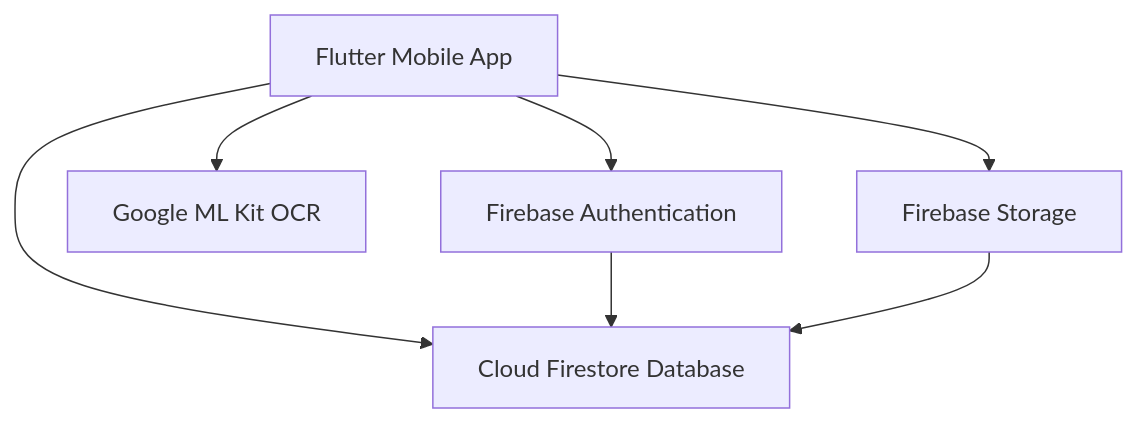
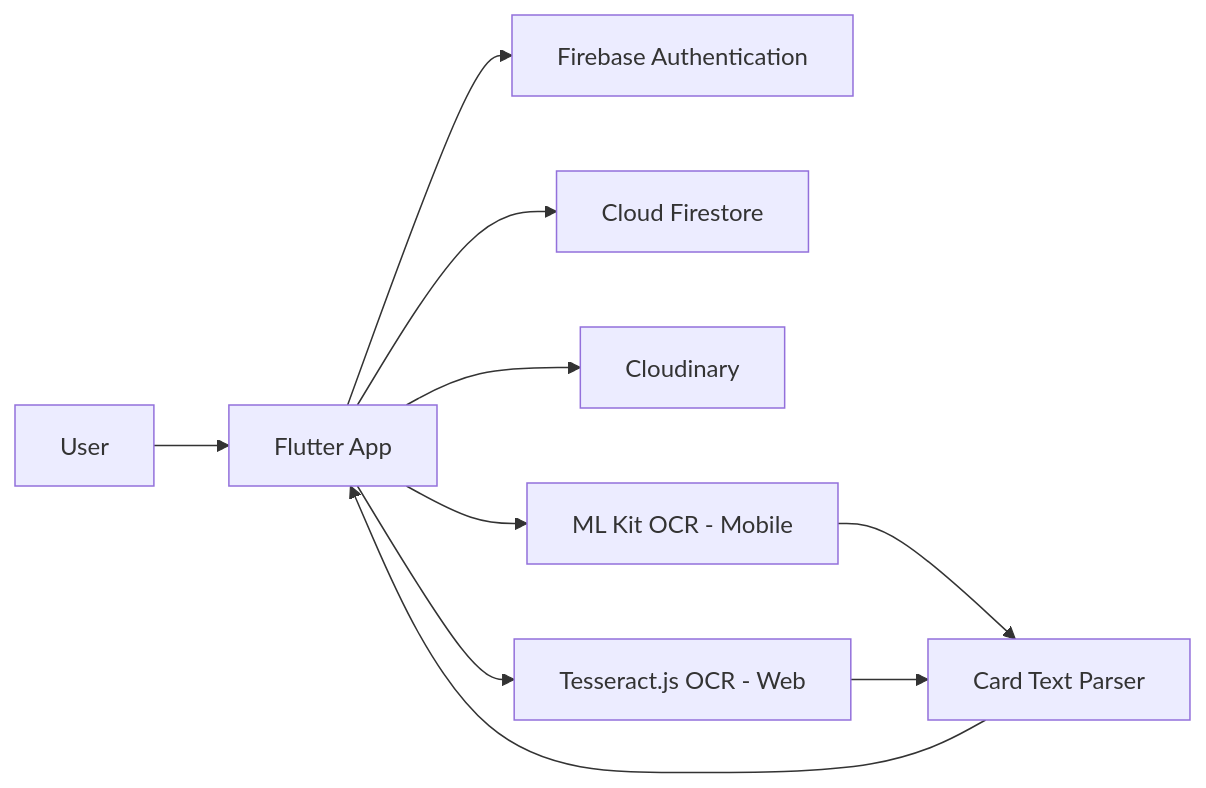
The first of 5 diagrams in architecture.md (cybercomet-07/CardVault), drawn with Mermaid before and after one commit. The commit also changed other lines of this file and 28 other files, not shown here.

First line of the commit message:
Polish auth/dashboard UX and improve OCR/documentation reliability.

````diff
--- a/architecture.md
+++ b/architecture.md
@@ -13,9 +17,14 @@
 ```mermaid
-flowchart TD
-    A[Flutter Mobile App] --> B[Firebase Authentication]
-    A --> C[Google ML Kit OCR]
-    A --> D[Firebase Storage]
-    A --> E[Cloud Firestore Database]
-    B --> E
-    D --> E
+flowchart LR
+    U[User] --> APP[Flutter App]
+
+    APP --> AUTH[Firebase Authentication]
+    APP --> DB[Cloud Firestore]
+    APP --> IMG[Cloudinary]
+
+    APP --> OCRM[ML Kit OCR - Mobile]
+    APP --> OCRW[Tesseract.js OCR - Web]
+    OCRM --> PARSER[Card Text Parser]
+    OCRW --> PARSER
+    PARSER --> APP
 ```
````
